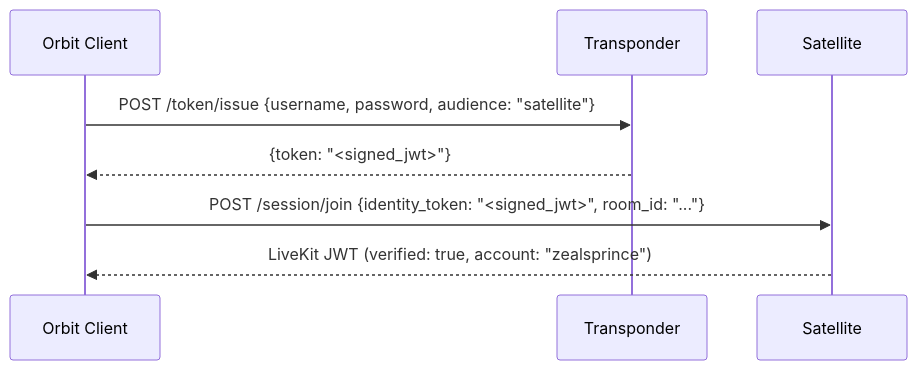
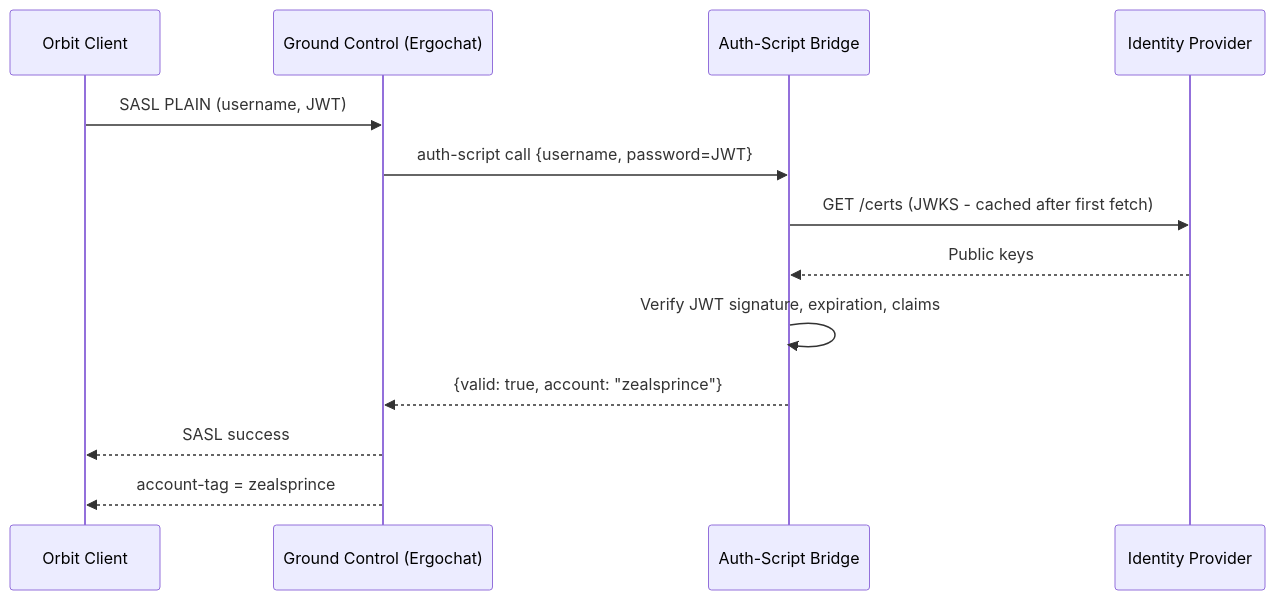
Before and after one commit to hivecom/orbit-spec: the third of 3 diagrams in spec/02-components/04-transponder.md, drawn with Mermaid. The commit also changed other lines of this file and 8 other files, not shown here.

First line of the commit message:
Switch Transponder to OIDC identity role

````diff
--- a/spec/02-components/04-transponder.md
+++ b/spec/02-components/04-transponder.md
@@ -168,12 +126,16 @@
 ```mermaid
 sequenceDiagram
     participant C as Orbit Client
-    participant T as Transponder
-    participant S as Satellite
+    participant GC as Ground Control (Ergochat)
+    participant B as Auth-Script Bridge
+    participant IdP as Identity Provider
 
-    C->>T: POST /token/issue {username, password, audience: "satellite"}
-    T-->>C: {token: "<signed_jwt>"}
-
-    C->>S: POST /session/join {identity_token: "<signed_jwt>", room_id: "..."}
-    S-->>C: LiveKit JWT (verified: true, account: "zealsprince")
+    C->>GC: SASL PLAIN (username, JWT)
+    GC->>B: auth-script call {username, password=JWT}
+    B->>IdP: GET /certs (JWKS - cached after first fetch)
+    IdP-->>B: Public keys
+    B->>B: Verify JWT signature, expiration, claims
+    B-->>GC: {valid: true, account: "zealsprince"}
+    GC-->>C: SASL success
+    GC-->>C: account-tag = zealsprince
 ```
````
